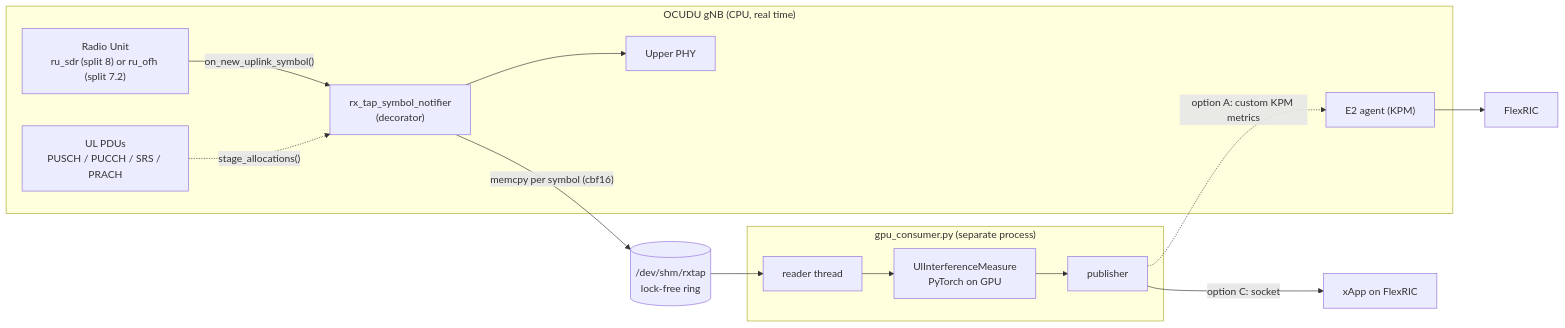
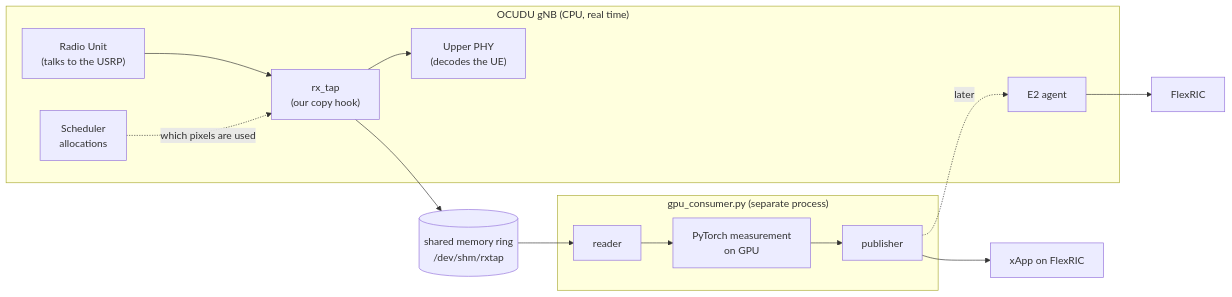
The diagram in plans/gpu_ul_measurement_plan.md (Ruibin2000/ocudu), drawn with Mermaid before and after one commit. The commit also changed other lines of this file and 1 other file, not shown here.

````diff
--- a/plans/gpu_ul_measurement_plan.md
+++ b/plans/gpu_ul_measurement_plan.md
@@ -22,19 +96,19 @@
 ```mermaid
 flowchart LR
   subgraph gNB["OCUDU gNB (CPU, real time)"]
-    RU["Radio Unit<br/>ru_sdr (split 8) or ru_ofh (split 7.2)"]
-    TAP["rx_tap_symbol_notifier<br/>(decorator)"]
-    UPHY["Upper PHY"]
-    PDU["UL PDUs<br/>PUSCH / PUCCH / SRS / PRACH"]
-    E2["E2 agent (KPM)"]
-    RU -- "on_new_uplink_symbol()" --> TAP --> UPHY
-    PDU -. "stage_allocations()" .-> TAP
+    RU["Radio Unit<br/>(talks to the USRP)"]
+    TAP["rx_tap<br/>(our copy hook)"]
+    UPHY["Upper PHY<br/>(decodes the UE)"]
+    SCH["Scheduler<br/>allocations"]
+    E2["E2 agent"]
+    RU --> TAP --> UPHY
+    SCH -. "which pixels are used" .-> TAP
   end
-  RING[("/dev/shm/rxtap<br/>lock-free ring")]
+  RING[("shared memory ring<br/>/dev/shm/rxtap")]
   subgraph GPU["gpu_consumer.py (separate process)"]
-    RD["reader thread"] --> CMP["UlInterferenceMeasure<br/>PyTorch on GPU"] --> PUB["publisher"]
+    RD["reader"] --> CMP["PyTorch measurement<br/>on GPU"] --> PUB["publisher"]
   end
-  TAP -- "memcpy per symbol (cbf16)" --> RING --> RD
-  PUB -- "option C: socket" --> X["xApp on FlexRIC"]
-  PUB -. "option A: custom KPM metrics" .-> E2 --> RIC["FlexRIC"]
+  TAP --> RING --> RD
+  PUB --> X["xApp on FlexRIC"]
+  PUB -. "later" .-> E2 --> RIC["FlexRIC"]
 ```
````
